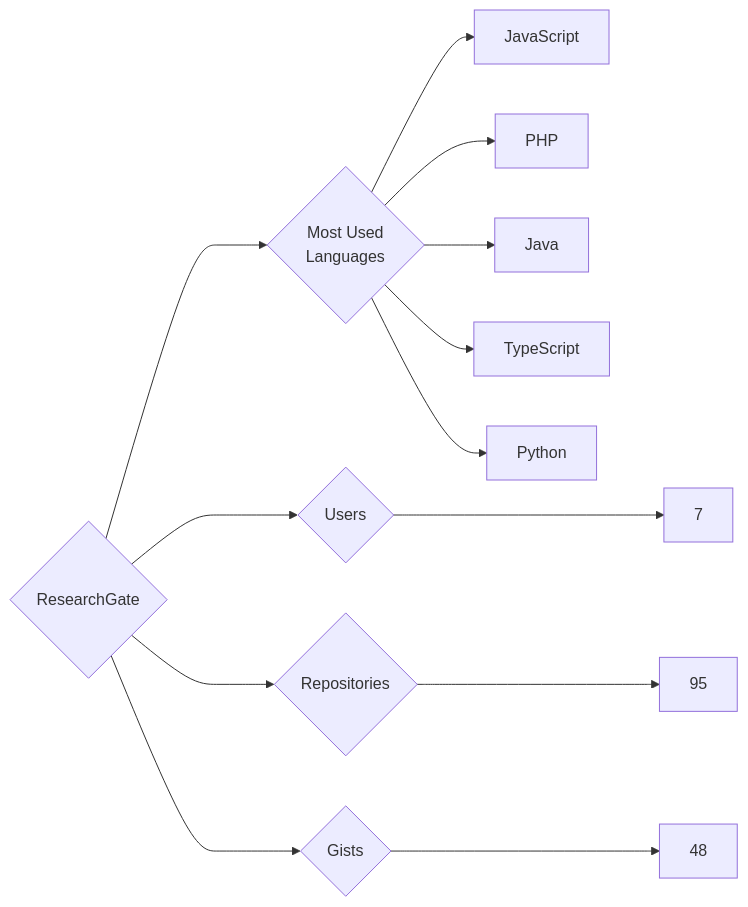
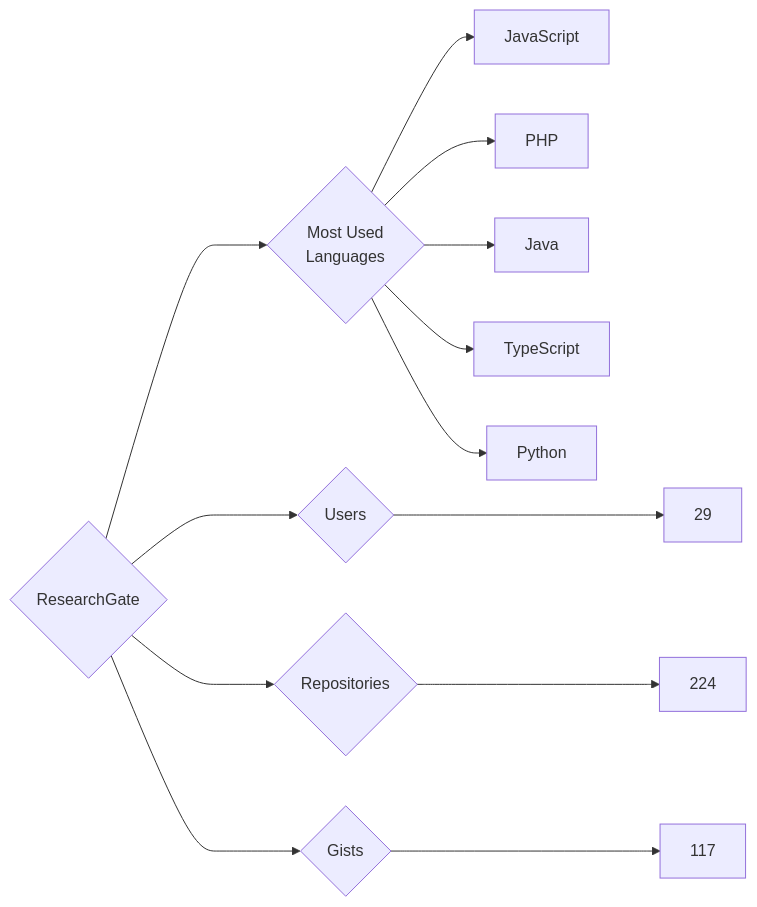
One commit to trickest/insiders changed the diagram in targets/ResearchGate/README.md. Above: the diagram before and after it, drawn with Mermaid. The commit also changed 886 other files, not shown here.

````diff
--- a/targets/ResearchGate/README.md
+++ b/targets/ResearchGate/README.md
@@ -3,13 +3,13 @@
 ```mermaid
 graph LR
 COMPANY_NAME{ResearchGate}
-COMPANY_NAME ---> U{Users} ---> UN[7]
-COMPANY_NAME ---> R{Repositories} ---> RN[95]
-COMPANY_NAME ---> G{Gists} ---> GN[48]
+COMPANY_NAME ---> U{Users} ---> UN[29]
+COMPANY_NAME ---> R{Repositories} ---> RN[224]
+COMPANY_NAME ---> G{Gists} ---> GN[117]
 COMPANY_NAME ---> ML{Most Used<br>Languages}
 ML --> JavaScript[JavaScript]
 ML --> PHP[PHP]
 ML --> Java[Java]
 ML --> TypeScript[TypeScript]
 ML --> Python[Python]
 ```
````
